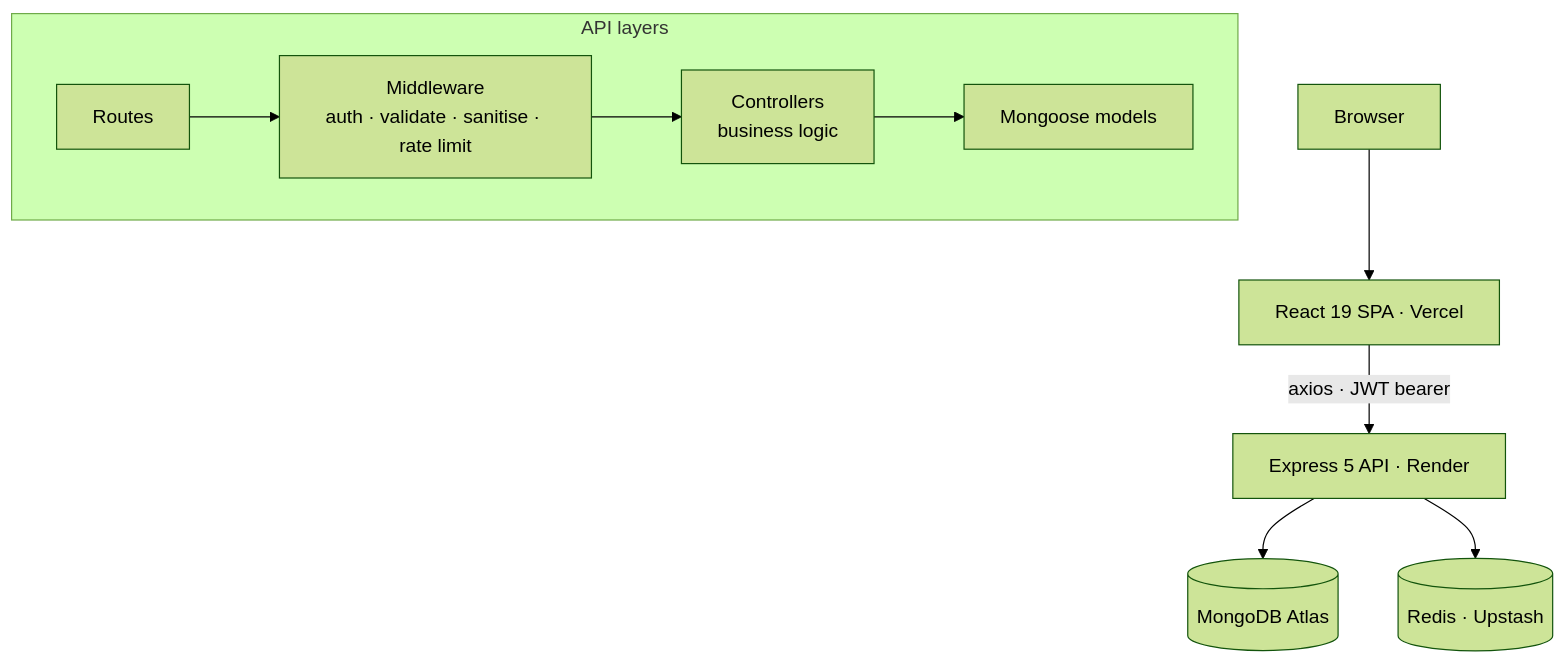
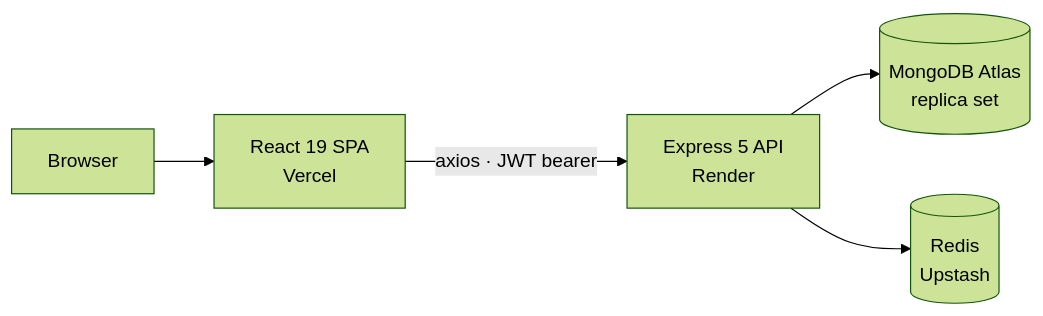
One commit to Mukund934/BookMyEvent changed the first of 4 diagrams in README.md. Above: the diagram before and after it, drawn with Mermaid (forest theme). The commit also changed other lines of this file, not shown here.

````diff
--- a/README.md
+++ b/README.md
@@ -81,13 +202,7 @@
 ```mermaid
-flowchart TD
-    U[Browser] --> V["React 19 SPA · Vercel"]
-    V -->|"axios · JWT bearer"| A["Express 5 API · Render"]
-    A --> M[("MongoDB Atlas")]
-    A --> R[("Redis · Upstash")]
-
-    subgraph API["API layers"]
-        RT[Routes] --> MW["Middleware<br/>auth · validate · sanitise · rate limit"]
-        MW --> C["Controllers<br/>business logic"]
-        C --> MD["Mongoose models"]
-    end
+flowchart LR
+    B[Browser] --> FE["React 19 SPA<br/>Vercel"]
+    FE -->|"axios · JWT bearer"| API["Express 5 API<br/>Render"]
+    API --> DB[("MongoDB Atlas<br/>replica set")]
+    API --> RD[("Redis<br/>Upstash")]
 ```
````
